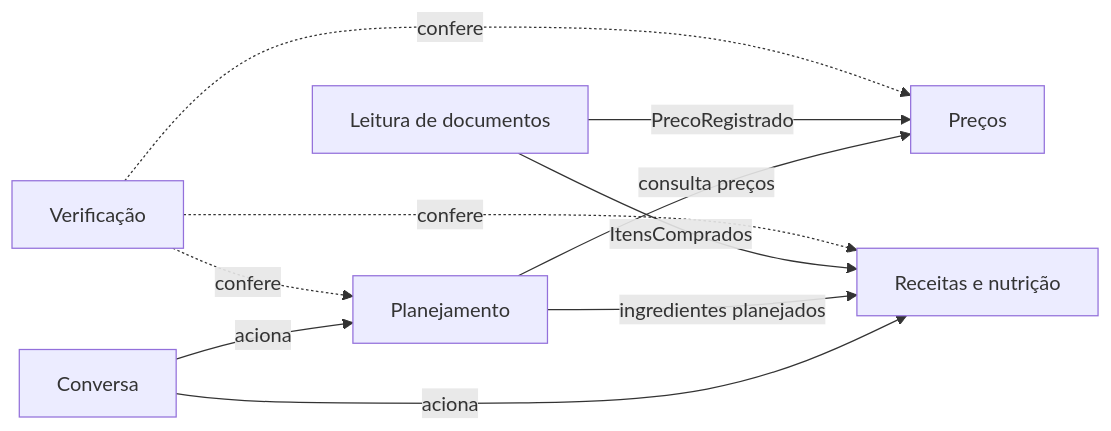
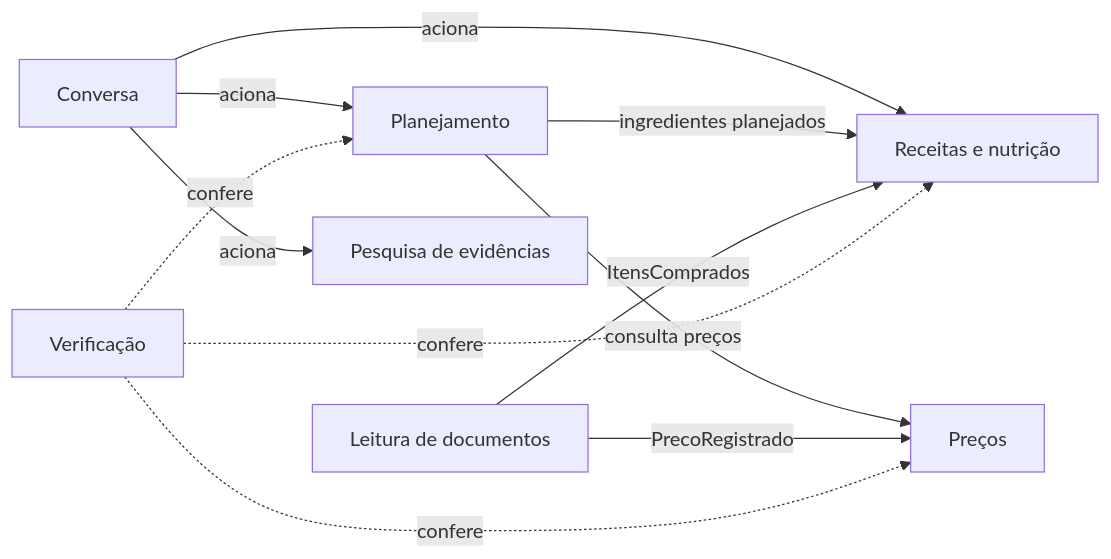
Before and after one commit to challenge2-qualidade-vida/challenge2-qualidade-de-vida: the diagram in docs/arquitetura/modelo-de-dominio.md, drawn with Mermaid. The commit also changed other lines of this file and 3 other files, not shown here.

First line of the commit message:
docs(pesquisa-evidencias): alinha spec, modelo de domínio e decisões

````diff
--- a/docs/arquitetura/modelo-de-dominio.md
+++ b/docs/arquitetura/modelo-de-dominio.md
@@ -30,12 +31,13 @@
 ```mermaid
 flowchart LR
     Conversa -->|aciona| Planejamento
     Conversa -->|aciona| Receitas[Receitas e nutrição]
     Planejamento -->|consulta preços| Precos[Preços]
     Planejamento -->|ingredientes planejados| Receitas
     Leitura[Leitura de documentos] -->|PrecoRegistrado| Precos
     Leitura -->|ItensComprados| Receitas
     Verificacao[Verificação] -.->|confere| Planejamento
     Verificacao -.->|confere| Precos
     Verificacao -.->|confere| Receitas
+    Conversa -->|aciona| Evidencias[Pesquisa de evidências]
 ```
````
